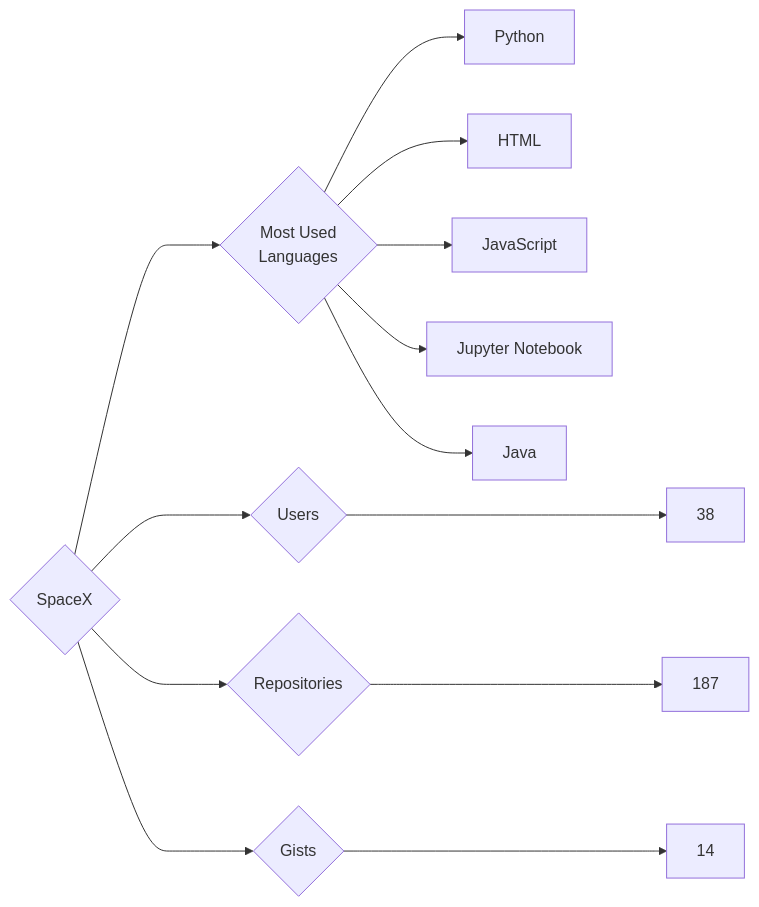
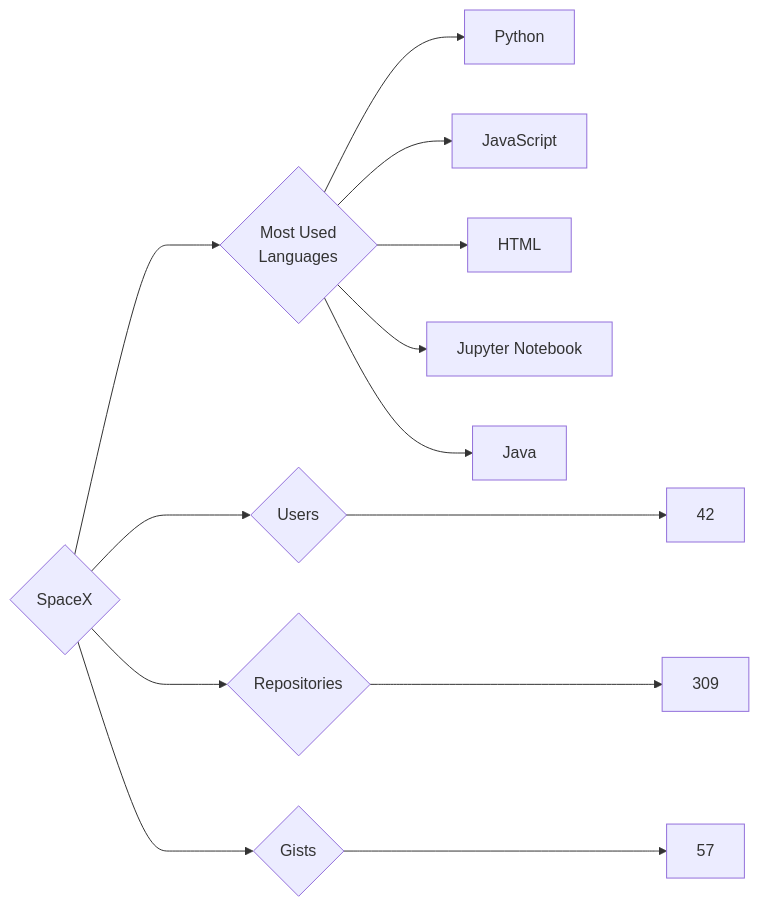
The diagram in targets/SpaceX/README.md (trickest/insiders), drawn with Mermaid before and after one commit. The commit also changed 860 other files, not shown here.

````diff
--- a/targets/SpaceX/README.md
+++ b/targets/SpaceX/README.md
@@ -3,13 +3,13 @@
 ```mermaid
 graph LR
 COMPANY_NAME{SpaceX}
-COMPANY_NAME ---> U{Users} ---> UN[38]
-COMPANY_NAME ---> R{Repositories} ---> RN[187]
-COMPANY_NAME ---> G{Gists} ---> GN[14]
+COMPANY_NAME ---> U{Users} ---> UN[42]
+COMPANY_NAME ---> R{Repositories} ---> RN[309]
+COMPANY_NAME ---> G{Gists} ---> GN[57]
 COMPANY_NAME ---> ML{Most Used<br>Languages}
 ML --> Python[Python]
+ML --> JavaScript[JavaScript]
 ML --> HTML[HTML]
-ML --> JavaScript[JavaScript]
 ML --> Jupyter_Notebook[Jupyter Notebook]
 ML --> Java[Java]
 ```
````
